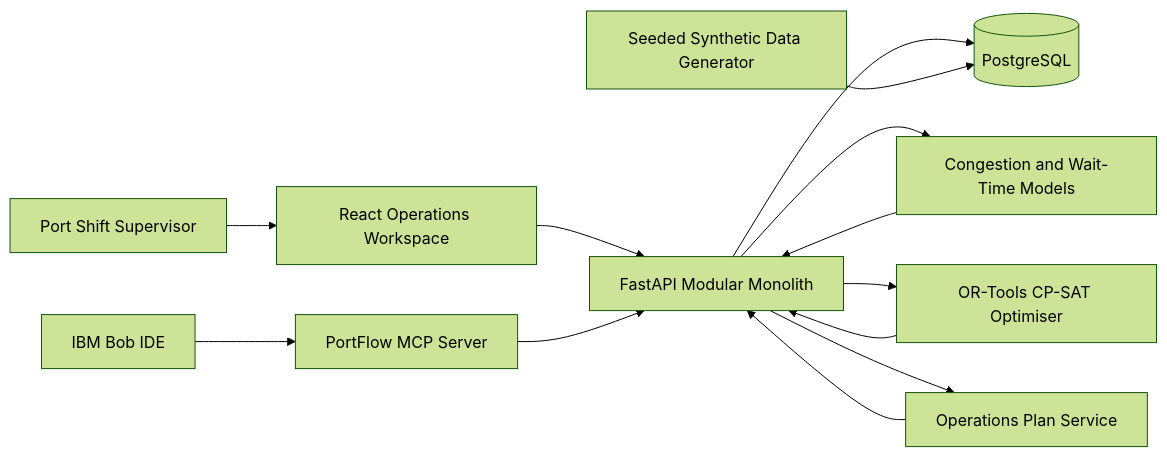
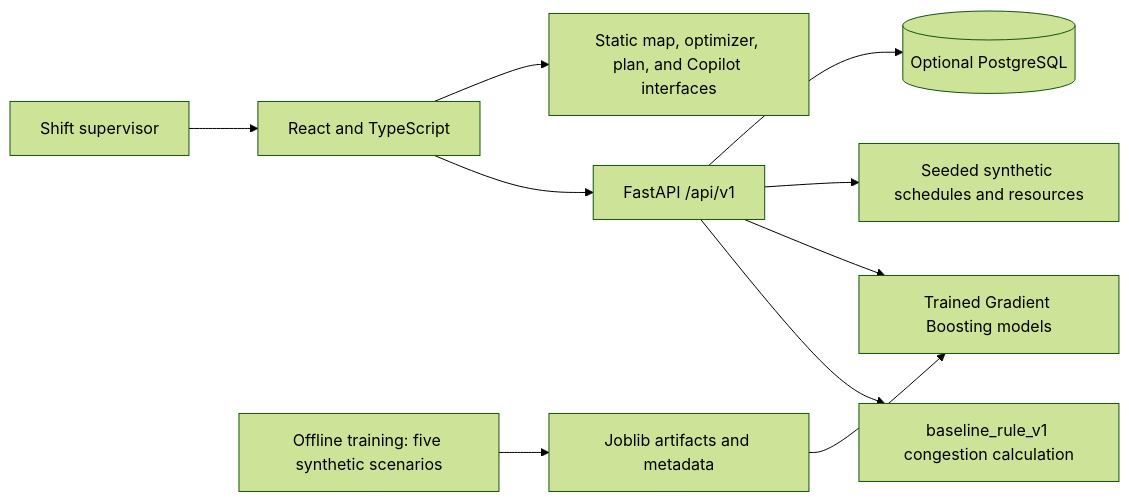
One commit to Trupesh29/PortFlow-AI changed the diagram in docs/architecture.md. Above: the diagram before and after it, drawn with Mermaid (forest theme). The commit also changed other lines of this file and 27 other files, not shown here.

````diff
--- a/docs/architecture.md
+++ b/docs/architecture.md
@@ -5,15 +5,12 @@
 ```mermaid
 flowchart LR
-    U[Port Shift Supervisor] --> UI[React Operations Workspace]
-    UI --> API[FastAPI Modular Monolith]
-    API --> DB[(PostgreSQL)]
-    API --> ML[Congestion and Wait-Time Models]
-    API --> OPT[OR-Tools CP-SAT Optimiser]
-    API --> PLAN[Operations Plan Service]
-    BOB[IBM Bob IDE] --> MCP[PortFlow MCP Server]
-    MCP --> API
-    DATA[Seeded Synthetic Data Generator] --> DB
-    ML --> API
-    OPT --> API
-    PLAN --> API
+    U[Shift supervisor] --> UI[React and TypeScript]
+    UI --> API[FastAPI /api/v1]
+    API --> BASE[baseline_rule_v1 congestion calculation]
+    API --> ML[Trained Gradient Boosting models]
+    API --> DATA[Seeded synthetic schedules and resources]
+    API --> DB[(Optional PostgreSQL)]
+    TRAIN[Offline training: five synthetic scenarios] --> MODEL[Joblib artifacts and metadata]
+    MODEL --> ML
+    UI --> DEMO[Static map, optimizer, plan, and Copilot interfaces]
 ```
````
